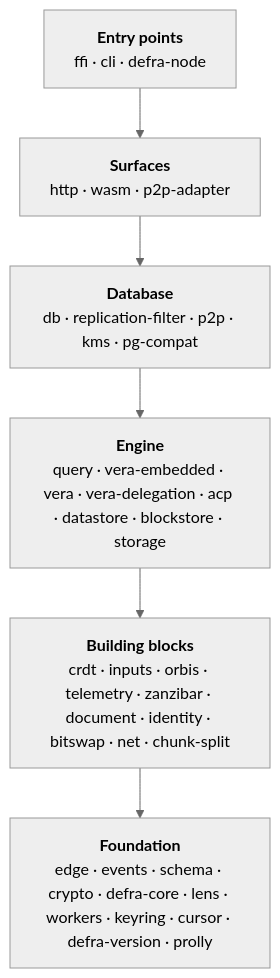
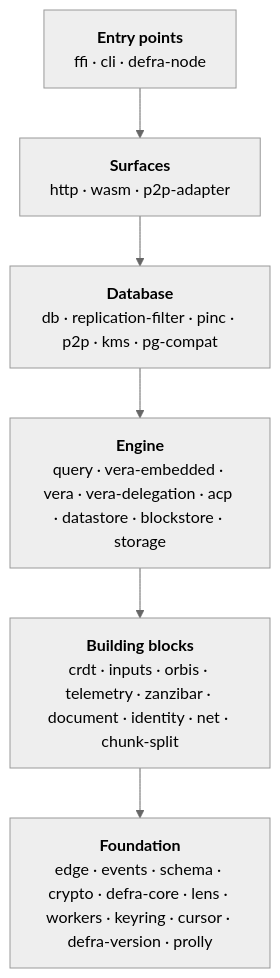
One commit to sourcenetwork/defradb.rs changed the diagram in crates/README.md. Above: the diagram before and after it, drawn with Mermaid (neutral theme). The commit also changed other lines of this file and 859 other files, not shown here.

````diff
--- a/crates/README.md
+++ b/crates/README.md
@@ -13,11 +13,11 @@
 ```mermaid
 flowchart TB
     entry["<b>Entry points</b><br/>ffi · cli · defra-node"]
     surfaces["<b>Surfaces</b><br/>http · wasm · p2p-adapter"]
-    database["<b>Database</b><br/>db · replication-filter · p2p · kms · pg-compat"]
+    database["<b>Database</b><br/>db · replication-filter · pinc · p2p · kms · pg-compat"]
     engine["<b>Engine</b><br/>query · vera-embedded · vera · vera-delegation · acp · datastore · blockstore · storage"]
-    blocks["<b>Building blocks</b><br/>crdt · inputs · orbis · telemetry · zanzibar · document · identity · bitswap · net · chunk-split"]
+    blocks["<b>Building blocks</b><br/>crdt · inputs · orbis · telemetry · zanzibar · document · identity · net · chunk-split"]
     foundation["<b>Foundation</b><br/>edge · events · schema · crypto · defra-core · lens · workers · keyring · cursor · defra-version · prolly"]
 
     entry --> surfaces --> database --> engine --> blocks --> foundation
 ```
````
